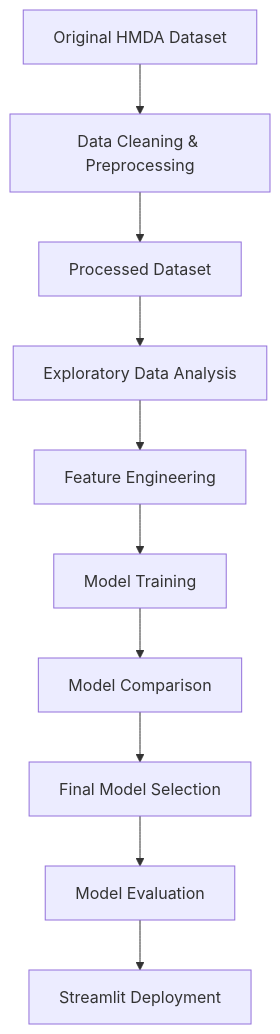
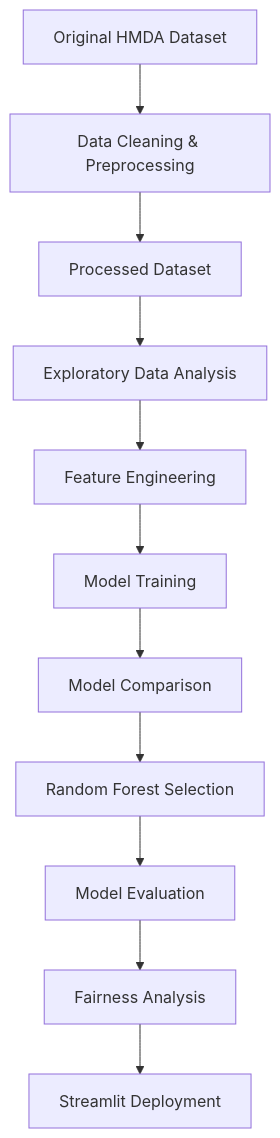
The diagram in README.md (samaandrea10/Mortgage-Approval-Prediction), drawn with Mermaid before and after one commit. The commit also changed other lines of this file, not shown here.

````diff
--- a/README.md
+++ b/README.md
@@ -28,13 +51,14 @@
 ```mermaid
 flowchart TD
     A[Original HMDA Dataset]
     A --> B[Data Cleaning & Preprocessing]
     B --> C[Processed Dataset]
     C --> D[Exploratory Data Analysis]
     D --> E[Feature Engineering]
     E --> F[Model Training]
     F --> G[Model Comparison]
-    G --> H[Final Model Selection]
+    G --> H[Random Forest Selection]
     H --> I[Model Evaluation]
-    I --> J[Streamlit Deployment]
+    I --> J[Fairness Analysis]
+    J --> K[Streamlit Deployment]
 ```
````
